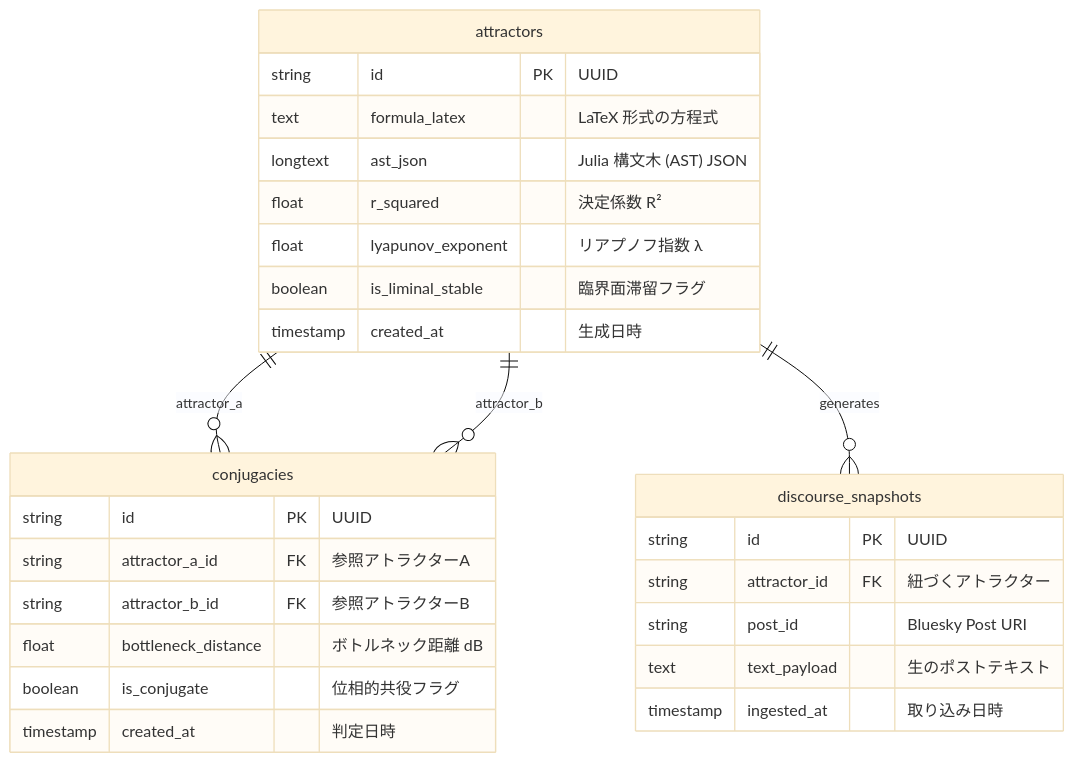
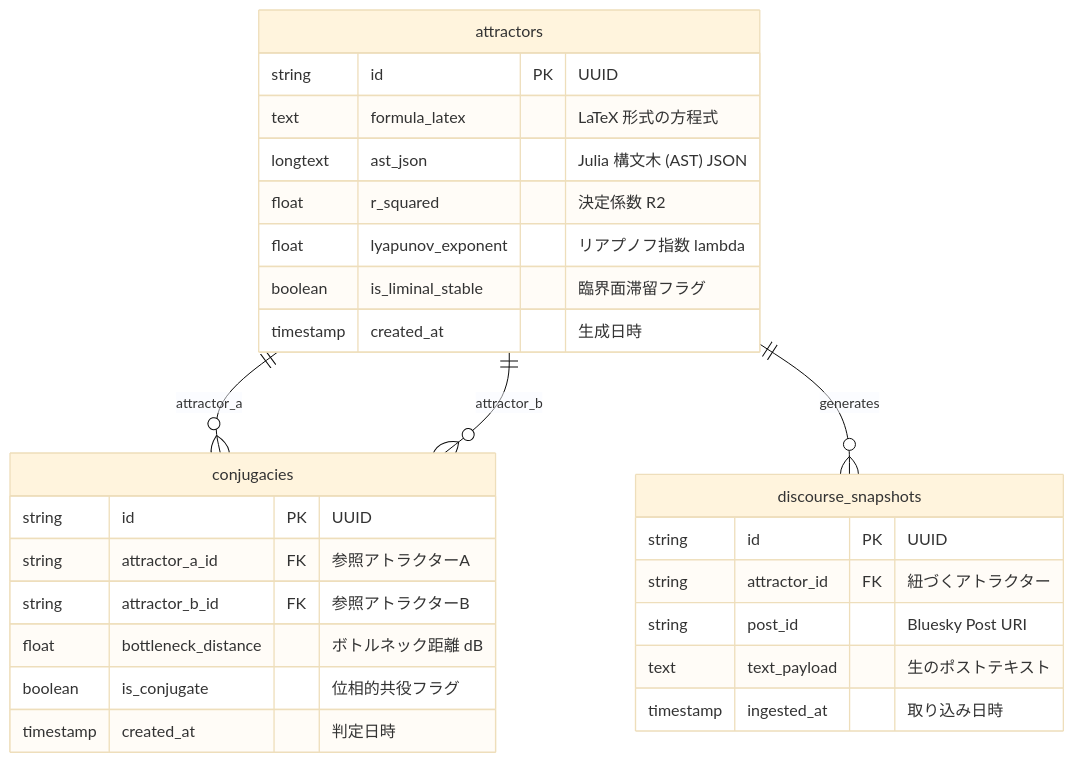
One commit to TakaoTachibana/apeiron changed the fourth of 4 diagrams in docs/ARCHITECTURE.md. Above: the diagram before and after it, drawn with Mermaid (base theme). The commit also changed other lines of this file, not shown here.

Commit message:
fix: sanitaize mermaid labels and remove HTML tags for clean GitHub renderring

````diff
--- a/docs/ARCHITECTURE.md
+++ b/docs/ARCHITECTURE.md
@@ -176,33 +176,33 @@
 ```mermaid
 erDiagram
     attractors ||--o{ conjugacies : "attractor_a"
     attractors ||--o{ conjugacies : "attractor_b"
     attractors ||--o{ discourse_snapshots : "generates"
 
     attractors {
         string id PK "UUID"
         text formula_latex "LaTeX 形式の方程式"
         longtext ast_json "Julia 構文木 (AST) JSON"
-        float r_squared "決定係数 R²"
-        float lyapunov_exponent "リアプノフ指数 λ"
+        float r_squared "決定係数 R2"
+        float lyapunov_exponent "リアプノフ指数 lambda"
         boolean is_liminal_stable "臨界面滞留フラグ"
         timestamp created_at "生成日時"
     }
 
     conjugacies {
         string id PK "UUID"
         string attractor_a_id FK "参照アトラクターA"
         string attractor_b_id FK "参照アトラクターB"
         float bottleneck_distance "ボトルネック距離 dB"
         boolean is_conjugate "位相的共役フラグ"
         timestamp created_at "判定日時"
     }
 
     discourse_snapshots {
         string id PK "UUID"
         string attractor_id FK "紐づくアトラクター"
         string post_id "Bluesky Post URI"
         text text_payload "生のポストテキスト"
         timestamp ingested_at "取り込み日時"
     }
 ```
````
